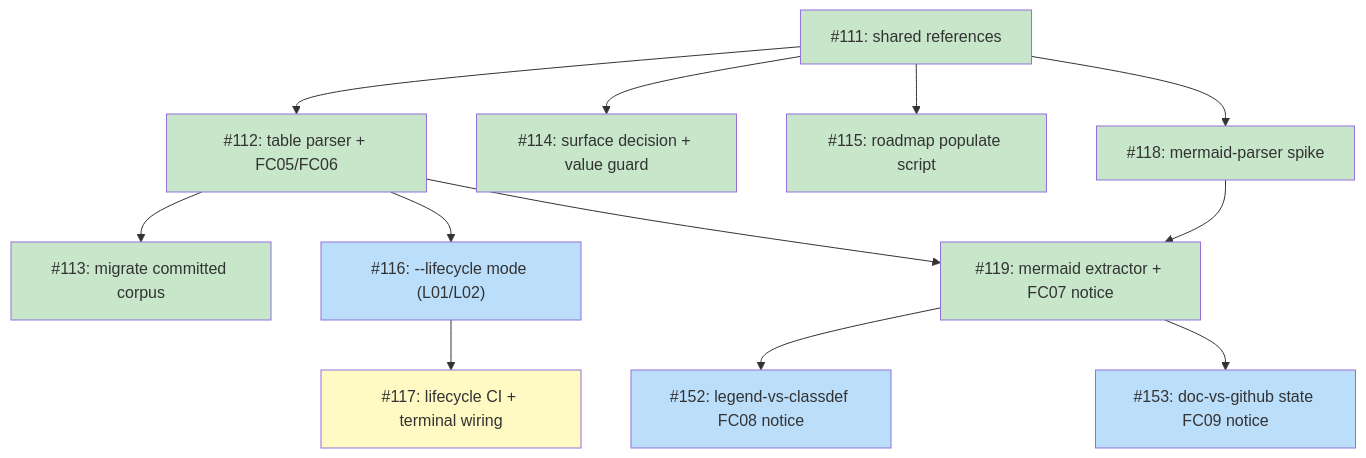
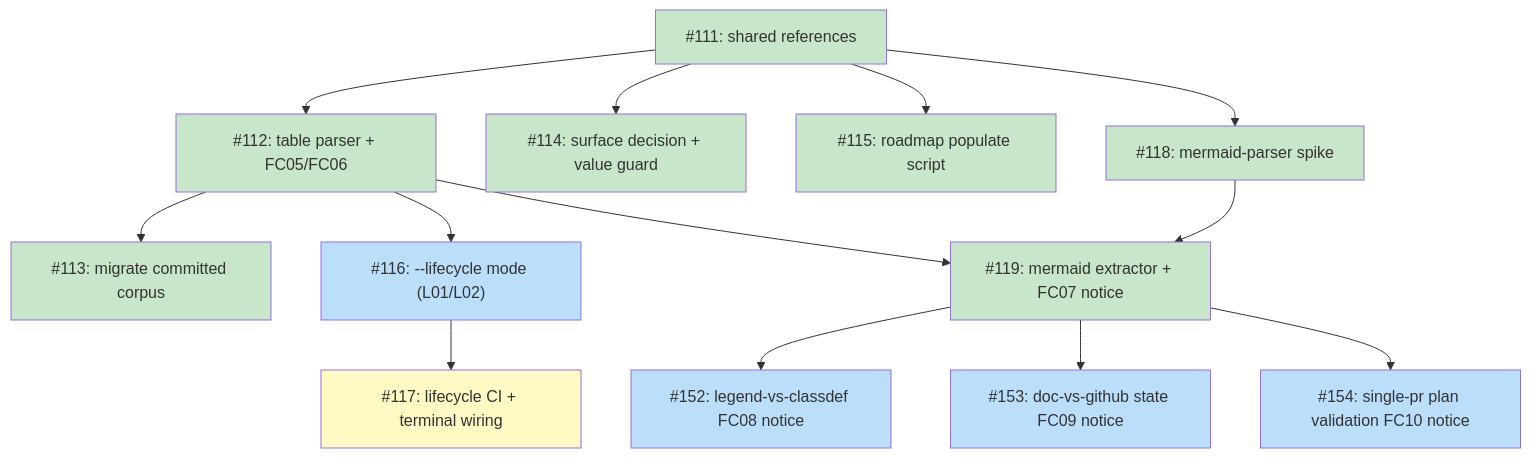
The diagram in docs/plans/PLAN-roadmap-plan-standardization.md (tsukumogami/shirabe), drawn with Mermaid before and after one commit. The commit also changed other lines of this file, not shown here.

Commit message:
docs(plan): add #154 fc10 single-pr plan validation follow-up to milestone tracking

````diff
--- a/docs/plans/PLAN-roadmap-plan-standardization.md
+++ b/docs/plans/PLAN-roadmap-plan-standardization.md
@@ -91,40 +93,42 @@
 ```mermaid
 graph TD
     I111["#111: shared references"]
     I112["#112: table parser + FC05/FC06"]
     I113["#113: migrate committed corpus"]
     I114["#114: surface decision + value guard"]
     I115["#115: roadmap populate script"]
     I116["#116: --lifecycle mode (L01/L02)"]
     I117["#117: lifecycle CI + terminal wiring"]
     I118["#118: mermaid-parser spike"]
     I119["#119: mermaid extractor + FC07 notice"]
     I152["#152: legend-vs-classdef FC08 notice"]
     I153["#153: doc-vs-github state FC09 notice"]
+    I154["#154: single-pr plan validation FC10 notice"]
 
     I111 --> I112
     I111 --> I114
     I111 --> I115
     I111 --> I118
     I112 --> I113
     I112 --> I116
     I112 --> I119
     I116 --> I117
     I118 --> I119
     I119 --> I152
     I119 --> I153
+    I119 --> I154
 
     classDef done fill:#c8e6c9
     classDef ready fill:#bbdefb
     classDef blocked fill:#fff9c4
     classDef needsDesign fill:#e1bee7
     classDef needsPrd fill:#b3e5fc
     classDef needsSpike fill:#ffcdd2
     classDef needsDecision fill:#d1c4e9
     classDef tracksDesign fill:#FFE0B2,stroke:#F57C00,color:#000
     classDef tracksPlan fill:#FFE0B2,stroke:#F57C00,color:#000
 
     class I111,I112,I113,I114,I115,I118,I119 done
-    class I116,I152,I153 ready
+    class I116,I152,I153,I154 ready
     class I117 blocked
 ```
````
